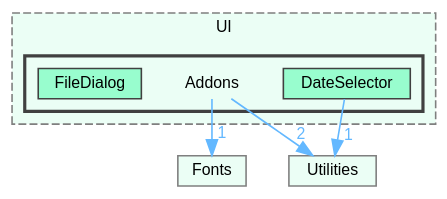
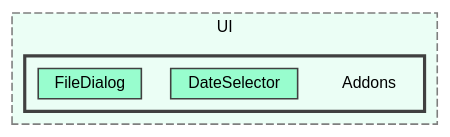
Before and after one commit to GGGJaen/GGGJaen.github.io: the diagram in DevDocs/dir_ed28fcff23d26531979feec0f8d8af01_dep.dot, drawn with Graphviz. The commit also changed 503 other files, not shown here.

```diff
--- a/DevDocs/dir_ed28fcff23d26531979feec0f8d8af01_dep.dot
+++ b/DevDocs/dir_ed28fcff23d26531979feec0f8d8af01_dep.dot
@@ -1,22 +1,17 @@
 digraph "C:/GEU/GEUCore/Source/UI/Addons"
 {
  // LATEX_PDF_SIZE
   bgcolor="transparent";
   edge [fontname=Helvetica,fontsize=10,labelfontname=Helvetica,labelfontsize=10];
   node [fontname=Helvetica,fontsize=10,shape=box,height=0.2,width=0.4];
   compound=true
   subgraph clusterdir_2e45d1cfd81b932e70cd071fc9b76dab {
     graph [ bgcolor="#ebfef5", pencolor="grey50", label="UI", fontname=Helvetica,fontsize=10 style="filled,dashed", URL="dir_2e45d1cfd81b932e70cd071fc9b76dab.html",tooltip=""]
   subgraph clusterdir_ed28fcff23d26531979feec0f8d8af01 {
     graph [ bgcolor="#ebfef5", pencolor="grey25", label="", fontname=Helvetica,fontsize=10 style="filled,bold", URL="dir_ed28fcff23d26531979feec0f8d8af01.html",tooltip=""]
     dir_ed28fcff23d26531979feec0f8d8af01 [shape=plaintext, label="Addons"];
   dir_3e720b917651abd4c1609414c1b33e9f [label="DateSelector", fillcolor="#98fdce", color="grey25", style="filled", URL="dir_3e720b917651abd4c1609414c1b33e9f.html",tooltip=""];
   dir_c8d0c79563d4ed4375a60b5b2f78d4a6 [label="FileDialog", fillcolor="#98fdce", color="grey25", style="filled", URL="dir_c8d0c79563d4ed4375a60b5b2f78d4a6.html",tooltip=""];
   }
   }
-  dir_63772b185c678f1e53c3e3ae39f2acc3 [label="Fonts", fillcolor="#ebfef5", color="grey50", style="filled", URL="dir_63772b185c678f1e53c3e3ae39f2acc3.html",tooltip=""];
-  dir_ba98d1c57f2db257d685d96c8633f8b6 [label="Utilities", fillcolor="#ebfef5", color="grey50", style="filled", URL="dir_ba98d1c57f2db257d685d96c8633f8b6.html",tooltip=""];
-  dir_ed28fcff23d26531979feec0f8d8af01->dir_63772b185c678f1e53c3e3ae39f2acc3 [headlabel="1", labeldistance=1.5 headhref="dir_000000_000011.html" href="dir_000000_000011.html" color="steelblue1" fontcolor="steelblue1"];
-  dir_ed28fcff23d26531979feec0f8d8af01->dir_ba98d1c57f2db257d685d96c8633f8b6 [headlabel="2", labeldistance=1.5 headhref="dir_000000_000057.html" href="dir_000000_000057.html" color="steelblue1" fontcolor="steelblue1"];
-  dir_3e720b917651abd4c1609414c1b33e9f->dir_ba98d1c57f2db257d685d96c8633f8b6 [headlabel="1", labeldistance=1.5 headhref="dir_000007_000057.html" href="dir_000007_000057.html" color="steelblue1" fontcolor="steelblue1"];
 }
```
